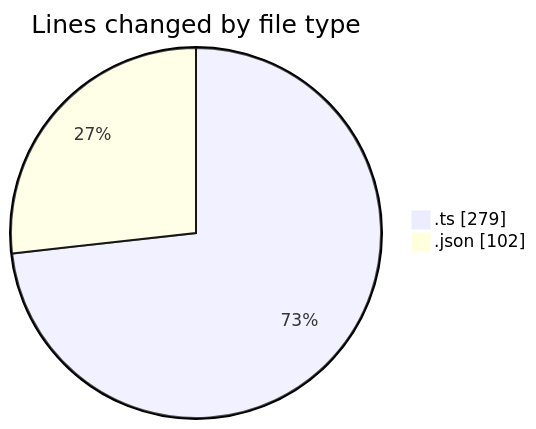
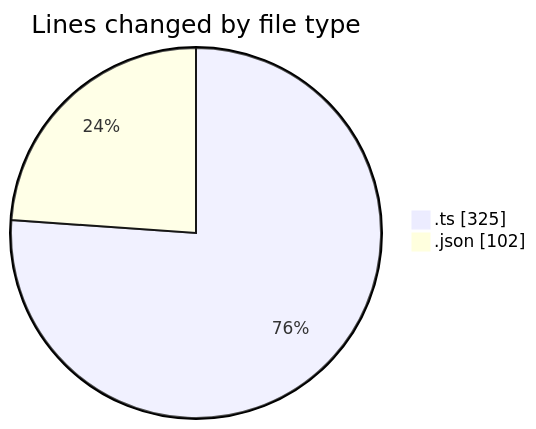
The first of 2 diagrams in 2026-03-30/cinema/README.md (igalym/code-tracking), drawn with Mermaid before and after one commit. The commit also changed other lines of this file and 1 other file, not shown here.

````diff
--- a/2026-03-30/cinema/README.md
+++ b/2026-03-30/cinema/README.md
@@ -32,6 +33,6 @@
 ```mermaid
 pie showData
 title Lines changed by file type
-".ts" : 279
+".ts" : 325
 ".json" : 102
 ```
````
